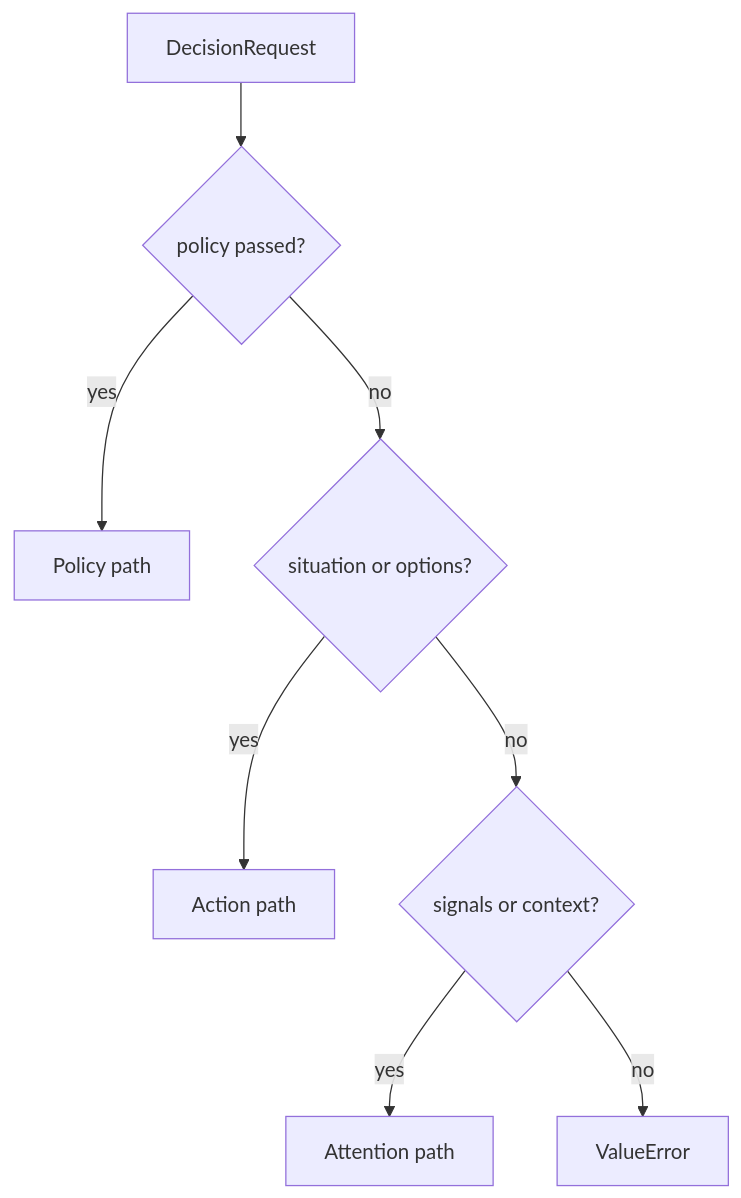
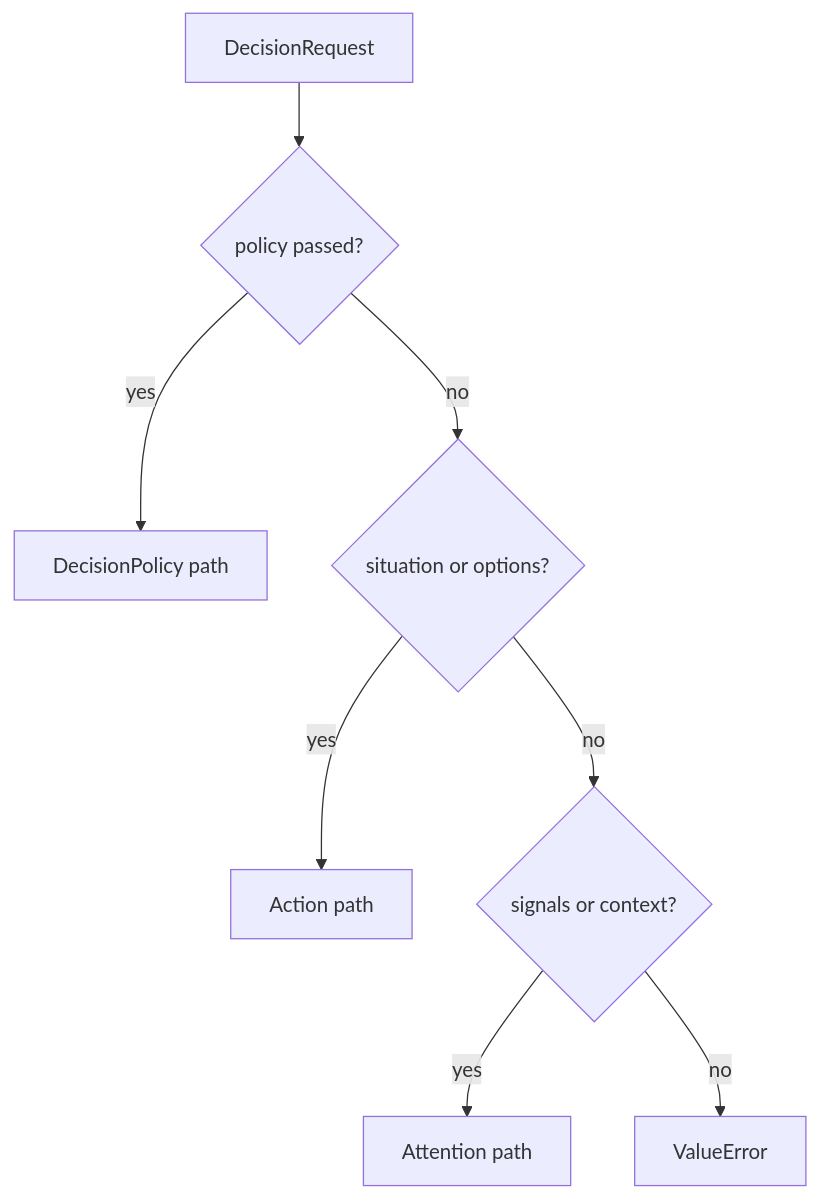
Before and after one commit to michaelatamuk/laix: the diagram in docs/02-core/01-contract/03-dispatch.md, drawn with Mermaid. The commit also changed other lines of this file and 339 other files, not shown here.

````diff
--- a/docs/02-core/01-contract/03-dispatch.md
+++ b/docs/02-core/01-contract/03-dispatch.md
@@ -24,10 +24,10 @@
 ```mermaid
 flowchart TD
     start[DecisionRequest] --> policy{policy passed?}
-    policy -->|yes| policy_path[Policy path]
+    policy -->|yes| policy_path[DecisionPolicy path]
     policy -->|no| shape{situation or options?}
     shape -->|yes| action_path[Action path]
     shape -->|no| attention_shape{signals or context?}
     attention_shape -->|yes| attention_path[Attention path]
     attention_shape -->|no| error[ValueError]
 ```
````
